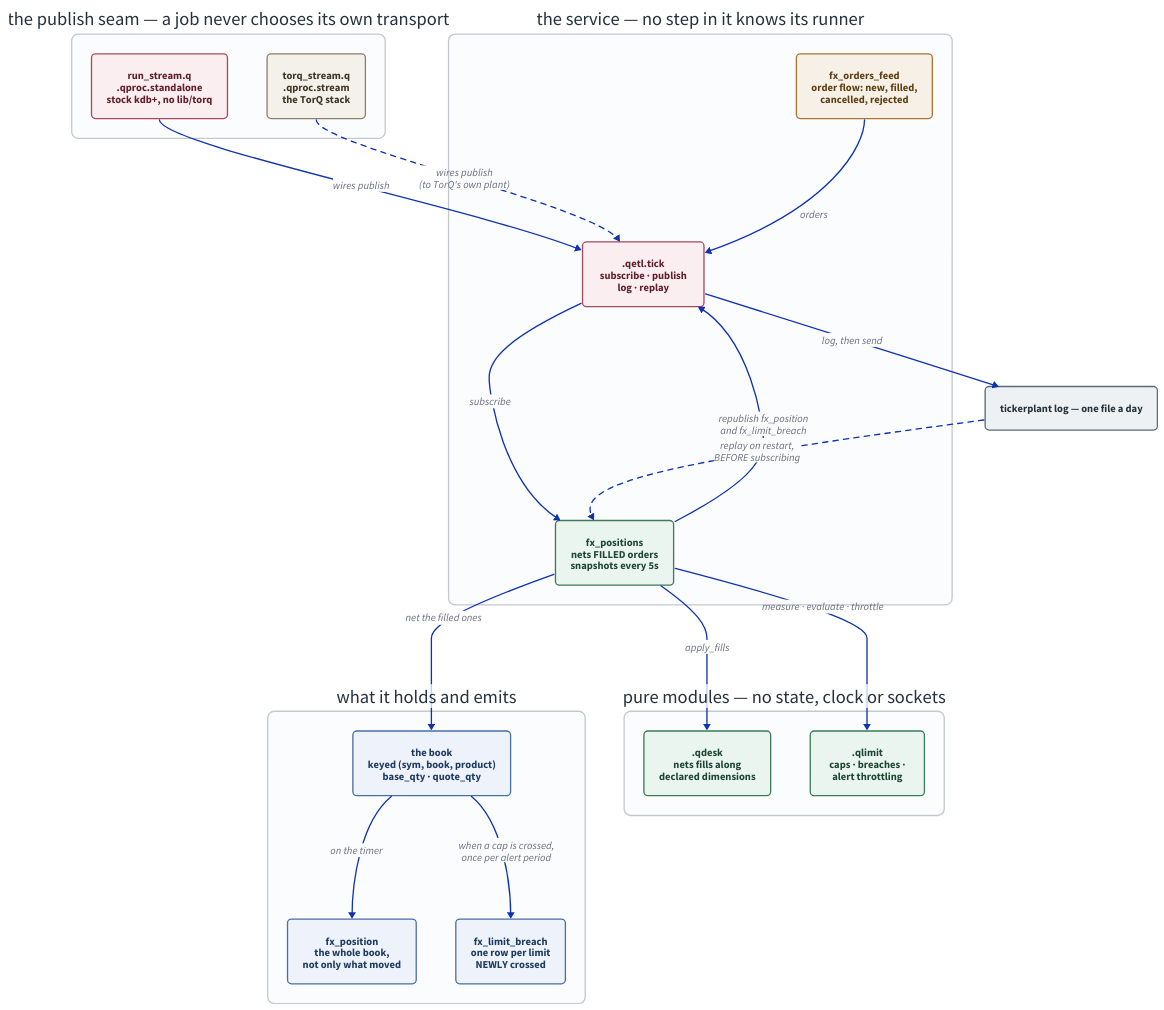
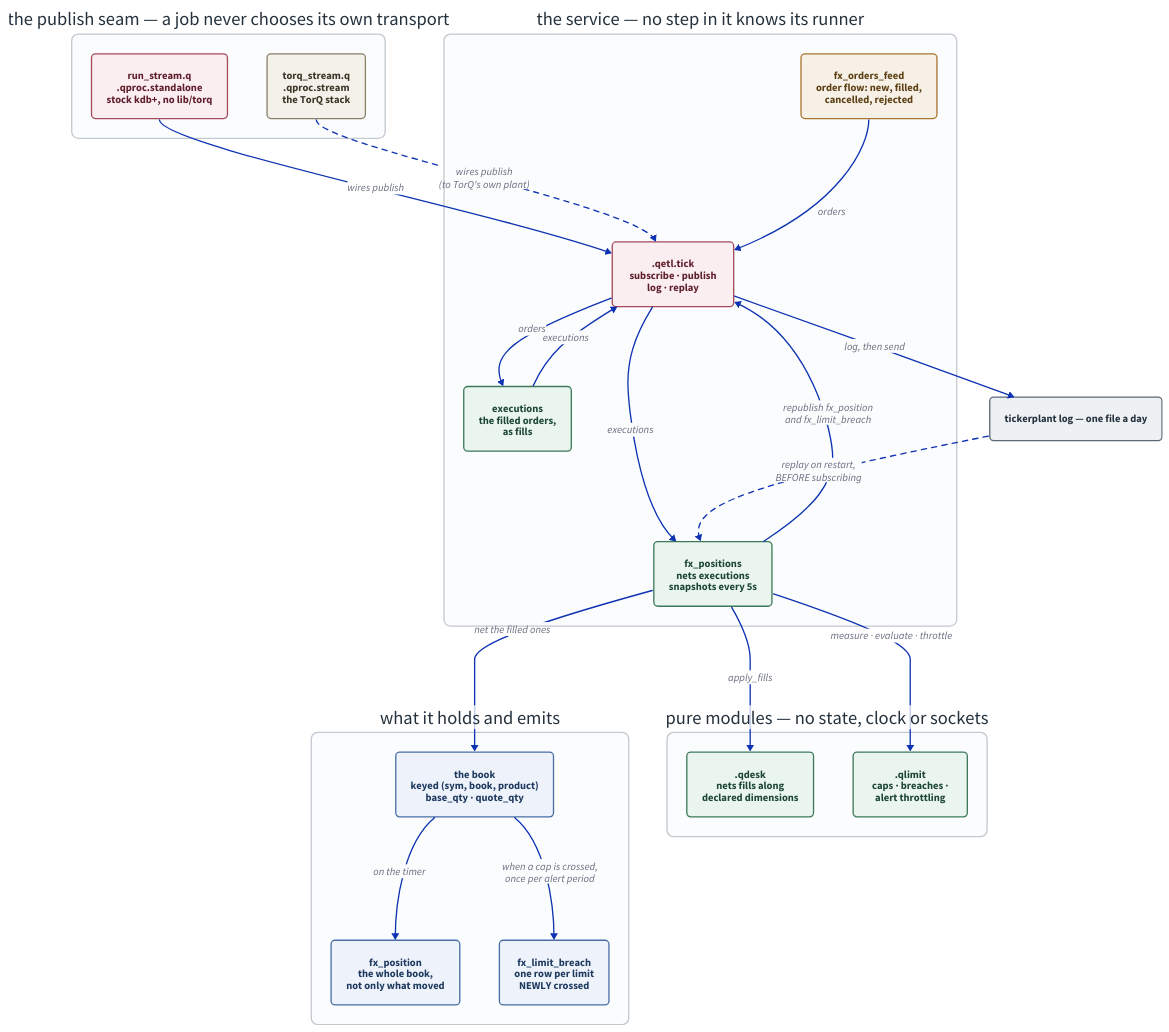
The diagram in docs/diagrams/fx-positions-service.d2 (kwojdalski/uqf), drawn with D2 before and after one commit. The commit also changed 24 other files, not shown here.

```diff
--- a/docs/diagrams/fx-positions-service.d2
+++ b/docs/diagrams/fx-positions-service.d2
@@ -1,149 +1,152 @@
 # fx-positions-service.d2 - the FX positions service on stock kdb+.
 #
 # Rendered by scripts/generate/render_diagrams.py, which CI runs with
 # --check. Embedded from docs/services/fx-positions.md.
 #
 # WHAT THIS DIAGRAM IS FOR. The thing worth seeing is the SEAM, not the
 # boxes: every job in this tree calls `publish` in its own namespace, and
 # something else decides what that means. Until run_stream.q the only
 # thing that ever decided was TorQ, so "the jobs are TorQ-free" was a
 # claim about the source tree rather than about running one. The two
 # runners are drawn side by side against the same seam because that is
 # the whole argument - the job files below the seam are identical on both
 # paths, and nothing in them knows which runner started them.
 #
 # The dashed edge back from the log to the service is deliberately not
 # the same kind of arrow as the live ones: it is traversed once, at
 # startup, BEFORE the subscription exists. Drawing it as just another
 # input would hide the ordering the recovery depends on.
 
 #
 # NO grid-columns ON THE BANDS. dagre lays a grid container out as one
 # opaque block, so edges into its cells do not rank anything: the first
 # version gridded every band, came out as a 3427x256 strip with all five
 # bands in one row, and drew every edge along the same horizontal line
 # through the boxes between. The republish edge starts at the service,
 # which is who calls publish (fx_positions.q on_timer), rather than at the
 # two tables - from there it was a back-edge cut through the state band.
 
 direction: down
 
 vars: {
   d2-config: {
     pad: 40
   }
 }
 
 # Same palette as repo-overview.d2 and stack-topology.d2, so the set reads
 # as one system: light fills with dark text in both themes rather than a
 # --dark-theme pairing, which d2 still applies explicit styles over
 # (d2lang/d2#831).
 classes: {
   feed: {
     style: {
       fill: "#f6f0e6"
       stroke: "#a8762f"
       font-color: "#5c3f13"
       border-radius: 6
     }
   }
   job: {
     style: {
       fill: "#eaf5ef"
       stroke: "#3d7a5a"
       font-color: "#1d4733"
       border-radius: 6
     }
   }
   plant: {
     style: {
       fill: "#fbeef0"
       stroke: "#a54a5c"
       font-color: "#5f1f2c"
       border-radius: 6
     }
   }
   table: {
     style: {
       fill: "#eef3fb"
       stroke: "#4a6fa5"
       font-color: "#1e3a5f"
       border-radius: 6
     }
   }
   store: {
     style: {
       fill: "#eef1f4"
       stroke: "#5a6a78"
       font-color: "#25323d"
       border-radius: 6
     }
   }
   lib: {
     style: {
       fill: "#f4f1ea"
       stroke: "#8a7f6a"
       font-color: "#3d3527"
       border-radius: 6
     }
   }
   band: {
     style: {
       fill: "#fbfcfd"
       stroke: "#c3c9cf"
       font-color: "#25323d"
       stroke-width: 2
       border-radius: 10
     }
   }
 }
 
 runners: "the publish seam — a job never chooses its own transport" {
   class: band
 
   standalone: "run_stream.q\n.qproc.standalone\nstock kdb+, no lib/torq" { class: plant }
   torq: "torq_stream.q\n.qproc.stream\nthe TorQ stack" { class: lib }
 }
 
 pipeline: "the service — no step in it knows its runner" {
   class: band
 
   feed: "fx_orders_feed\norder flow: new, filled,\ncancelled, rejected" { class: feed }
   plant: ".qetl.tick\nsubscribe · publish\nlog · replay" { class: plant }
-  service: "fx_positions\nnets FILLED orders\nsnapshots every 5s" { class: job }
+  norm: "executions\nthe filled orders,\nas fills" { class: job }
+  service: "fx_positions\nnets executions\nsnapshots every 5s" { class: job }
 }
 
 state: "what it holds and emits" {
   class: band
 
   book: "the book\nkeyed (sym, book, product)\nbase_qty · quote_qty" { class: table }
   snapshot: "fx_position\nthe whole book,\nnot only what moved" { class: table }
   breach: "fx_limit_breach\none row per limit\nNEWLY crossed" { class: table }
 }
 
 log: "tickerplant log — one file a day" { class: store }
 
 modules: "pure modules — no state, clock or sockets" {
   class: band
 
   desk: ".qdesk\nnets fills along\ndeclared dimensions" { class: job }
   limit: ".qlimit\ncaps · breaches ·\nalert throttling" { class: job }
 }
 
 runners.standalone -> pipeline.plant: "wires publish"
 runners.torq -> pipeline.plant: "wires publish\n(to TorQ's own plant)" { style.stroke-dash: 4 }
 
 pipeline.feed -> pipeline.plant: "orders"
-pipeline.plant -> pipeline.service: "subscribe"
+pipeline.plant -> pipeline.norm: "orders"
+pipeline.norm -> pipeline.plant: "executions"
+pipeline.plant -> pipeline.service: "executions"
 pipeline.plant -> log: "log, then send"
 
 log -> pipeline.service: "replay on restart,\nBEFORE subscribing" { style.stroke-dash: 4 }
 
 pipeline.service -> state.book: "net the filled ones"
 state.book -> state.snapshot: "on the timer"
 state.book -> state.breach: "when a cap is crossed,\nonce per alert period"
 
 pipeline.service -> pipeline.plant: "republish fx_position\nand fx_limit_breach"
 
 pipeline.service -> modules.desk: "apply_fills"
 pipeline.service -> modules.limit: "measure · evaluate · throttle"
```
